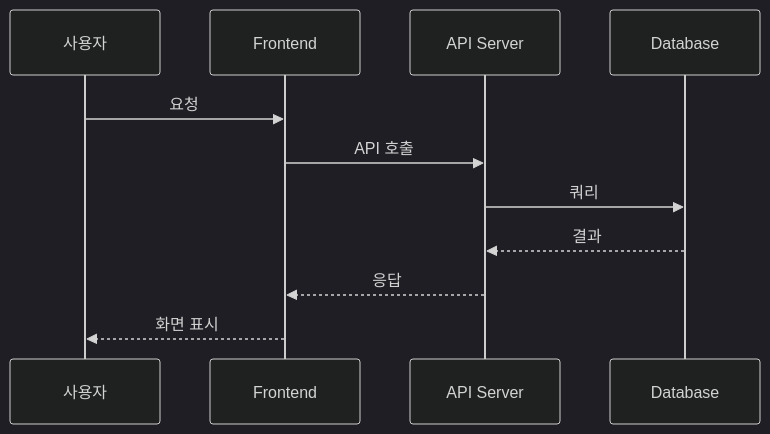
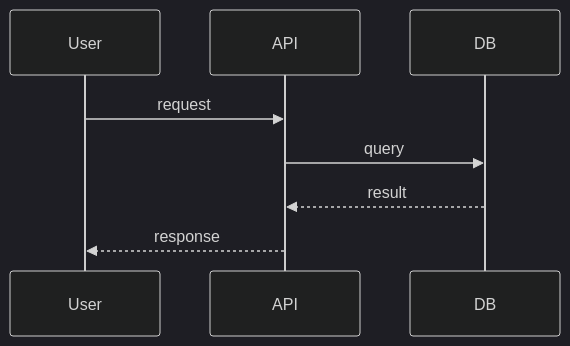
One commit to MAHT1990/agents_and_skills changed the diagram in agents/plan_tech_researcher.md. Above: the diagram before and after it, drawn with Mermaid (dark theme). The commit also changed other lines of this file and 15 other files, not shown here.

````diff
--- a/agents/plan_tech_researcher.md
+++ b/agents/plan_tech_researcher.md
@@ -133,14 +85,10 @@
 ```mermaid
 sequenceDiagram
-    participant U as 사용자
-    participant F as Frontend
-    participant A as API Server
-    participant D as Database
-
-    U->>F: 요청
-    F->>A: API 호출
-    A->>D: 쿼리
-    D-->>A: 결과
-    A-->>F: 응답
-    F-->>U: 화면 표시
+    participant U as User
+    participant A as API
+    participant D as DB
+    U->>A: request
+    A->>D: query
+    D-->>A: result
+    A-->>U: response
 ```
````
